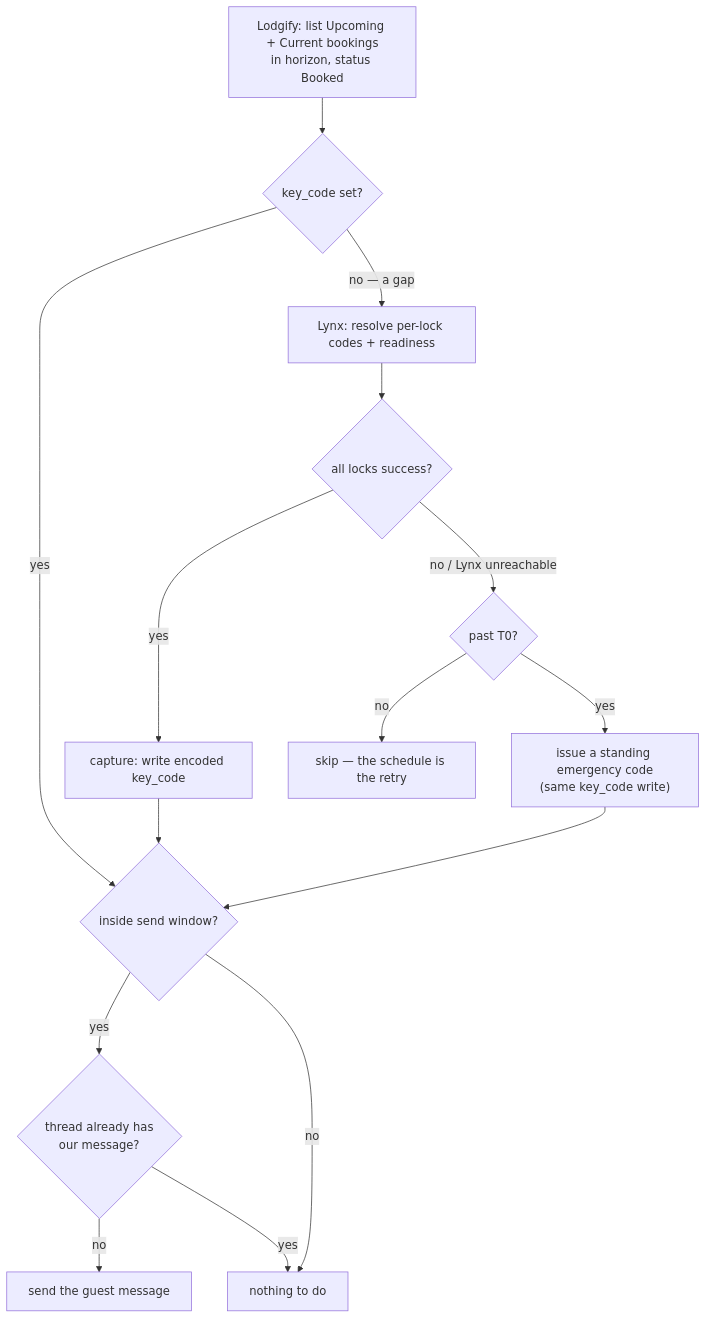
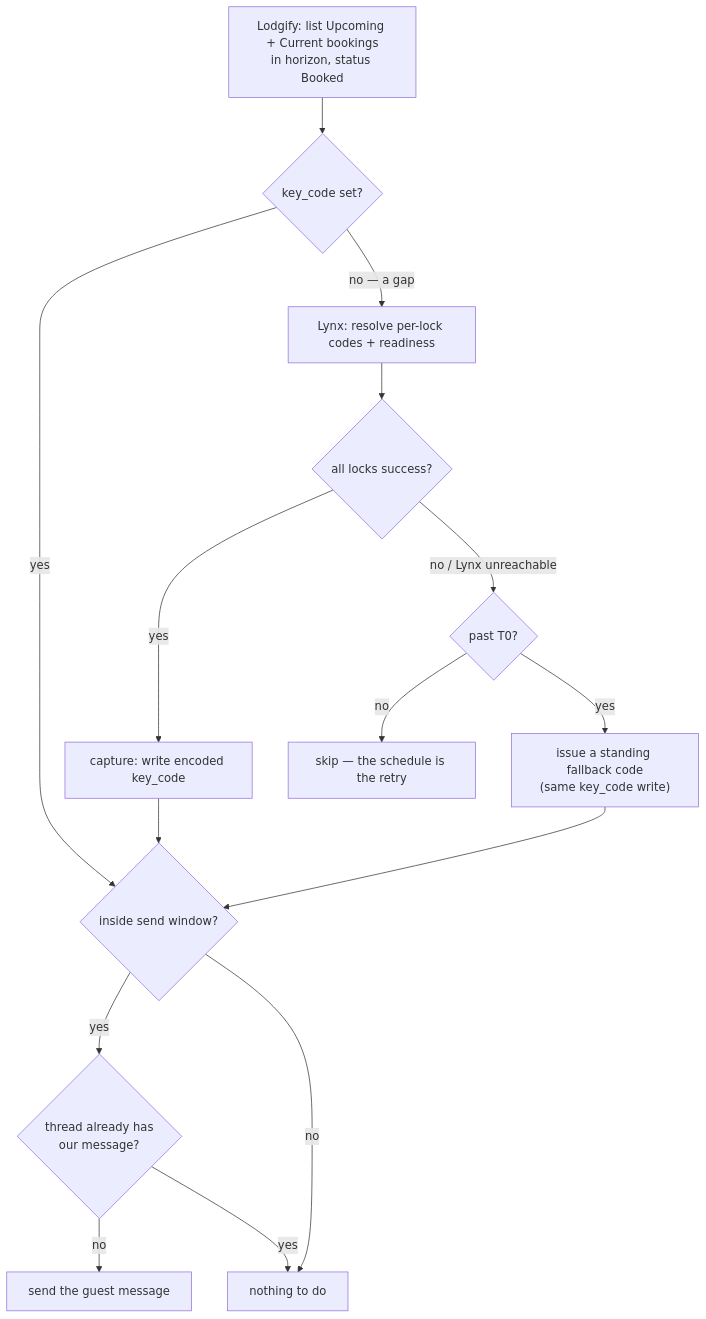
The first of 2 diagrams in nodejs/apps/lock-link/docs/architecture.md (twin-digital/opus), drawn with Mermaid before and after one commit. The commit also changed other lines of this file and 3 other files, not shown here.

````diff
--- a/nodejs/apps/lock-link/docs/architecture.md
+++ b/nodejs/apps/lock-link/docs/architecture.md
@@ -53,17 +53,17 @@
 ```mermaid
 flowchart TD
     L["Lodgify: list Upcoming + Current bookings<br/>in horizon, status Booked"] --> G{"key_code set?"}
     G -- "no — a gap" --> R["Lynx: resolve per-lock codes + readiness"]
     R --> RD{"all locks success?"}
     RD -- yes --> W["capture: write encoded key_code"]
     RD -- "no / Lynx unreachable" --> T{"past T0?"}
-    T -- yes --> E["issue a standing emergency code<br/>(same key_code write)"]
+    T -- yes --> E["issue a standing fallback code<br/>(same key_code write)"]
     T -- no --> S["skip — the schedule is the retry"]
     G -- yes --> M{"inside send window?"}
     W --> M
     E --> M
     M -- yes --> TH{"thread already has<br/>our message?"}
     TH -- no --> SEND["send the guest message"]
     TH -- yes --> DONE["nothing to do"]
     M -- no --> DONE
 ```
````
